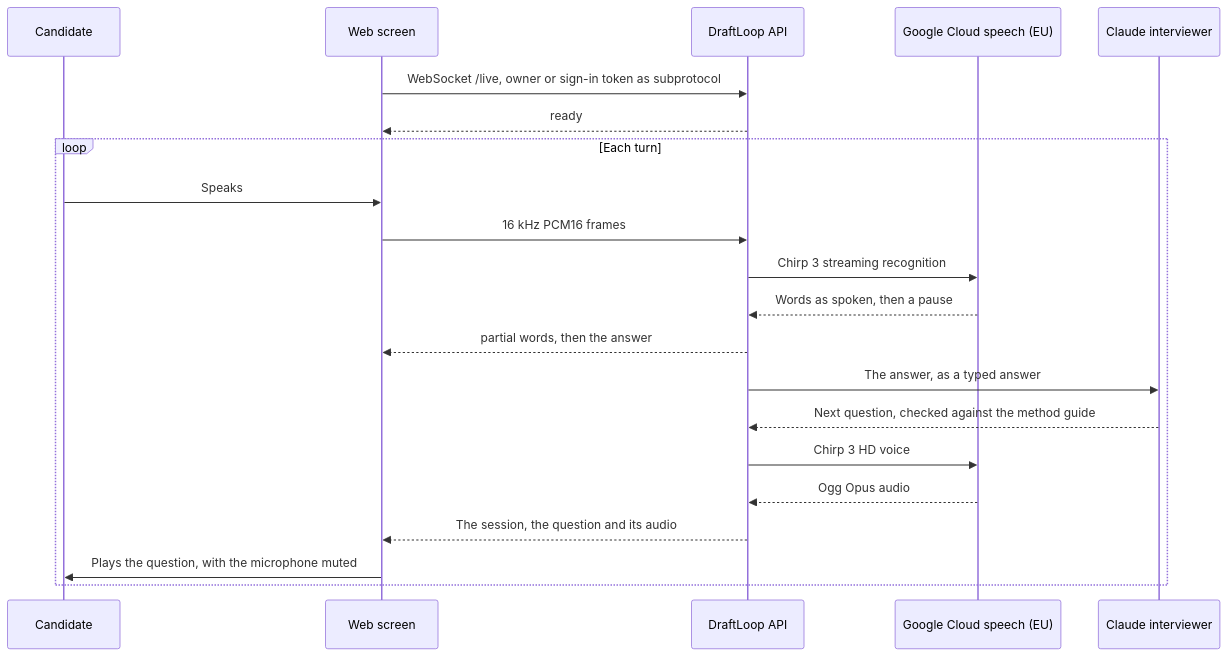
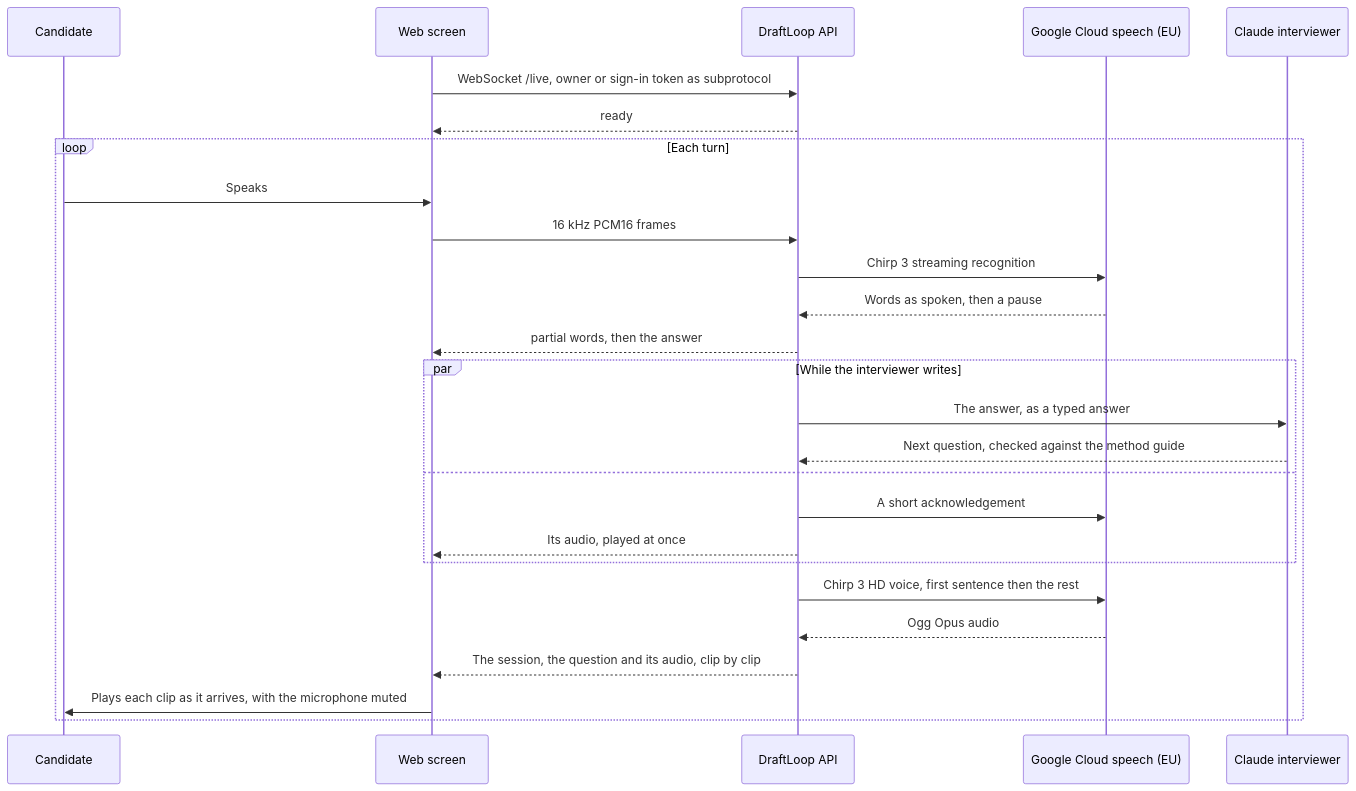
The second of 2 diagrams in docs/reference/voice-input.md (akoita/draft-loop), drawn with Mermaid before and after one commit. The commit also changed other lines of this file and 8 other files, not shown here.

````diff
--- a/docs/reference/voice-input.md
+++ b/docs/reference/voice-input.md
@@ -81,23 +81,28 @@
 ```mermaid
 sequenceDiagram
   participant C as Candidate
   participant P as Web screen
   participant A as DraftLoop API
   participant G as Google Cloud speech (EU)
   participant M as Claude interviewer
   P->>A: WebSocket /live, owner or sign-in token as subprotocol
   A-->>P: ready
   loop Each turn
     C->>P: Speaks
     P->>A: 16 kHz PCM16 frames
     A->>G: Chirp 3 streaming recognition
     G-->>A: Words as spoken, then a pause
     A-->>P: partial words, then the answer
-    A->>M: The answer, as a typed answer
-    M-->>A: Next question, checked against the method guide
-    A->>G: Chirp 3 HD voice
+    par While the interviewer writes
+      A->>M: The answer, as a typed answer
+      M-->>A: Next question, checked against the method guide
+    and
+      A->>G: A short acknowledgement
+      A-->>P: Its audio, played at once
+    end
+    A->>G: Chirp 3 HD voice, first sentence then the rest
     G-->>A: Ogg Opus audio
-    A-->>P: The session, the question and its audio
-    P->>C: Plays the question, with the microphone muted
+    A-->>P: The session, the question and its audio, clip by clip
+    P->>C: Plays each clip as it arrives, with the microphone muted
   end
 ```
````
